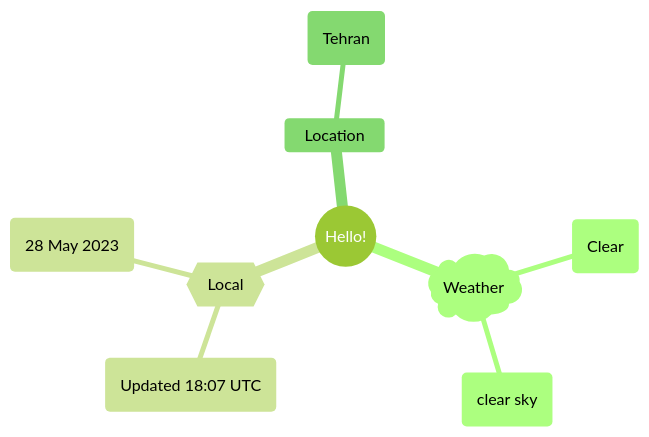
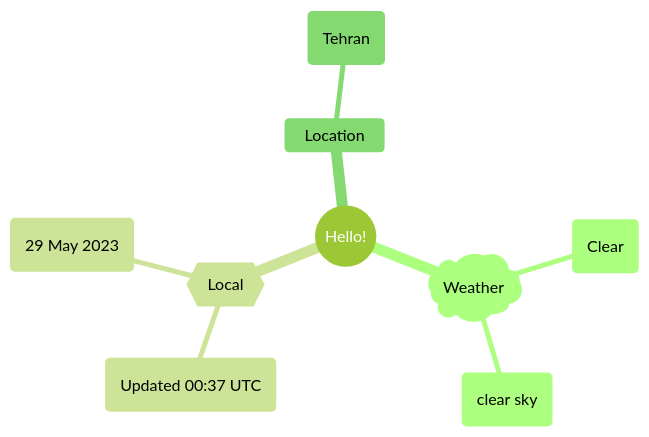
One commit to Xosrov/Xosrov changed the first of 2 diagrams in README.md. Above: the diagram before and after it, drawn with Mermaid (forest theme).

Commit message:
[bot] updated images

````diff
--- a/README.md
+++ b/README.md
@@ -3,12 +3,12 @@
 ```mermaid
 mindmap
   root((Hello!))
     )Weather(
         (Clear)
         (clear sky)
     {{Local}}
-        (Updated 18:07 UTC)
-        (28 May 2023)
+        (Updated 00:37 UTC)
+        (29 May 2023)
     Location
         (Tehran)
 ```
````
